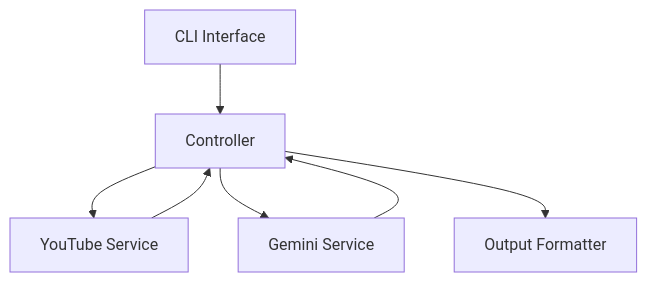
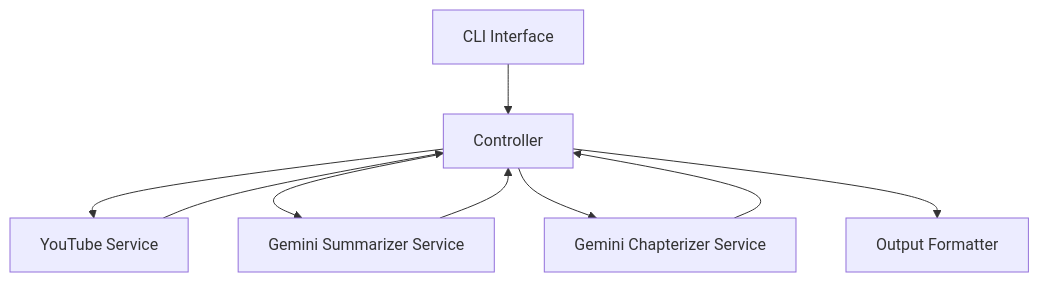
Before and after one commit to yutawtr1214/youtube-samalizer: the first of 4 diagrams in memory-bank/systemPatterns.md, drawn with Mermaid. The commit also changed other lines of this file and 11 other files, not shown here.

````diff
--- a/memory-bank/systemPatterns.md
+++ b/memory-bank/systemPatterns.md
@@ -6,9 +6,11 @@
 ```mermaid
 graph TB
     CLI[CLI Interface] --> Controller[Controller]
     Controller --> YouTube[YouTube Service]
-    Controller --> Gemini[Gemini Service]
+    Controller --> GeminiSummarizer[Gemini Summarizer Service]
+    Controller --> GeminiChapterizer[Gemini Chapterizer Service]
     YouTube --> Controller
-    Gemini --> Controller
+    GeminiSummarizer --> Controller
+    GeminiChapterizer --> Controller
     Controller --> Output[Output Formatter]
 ```
````
